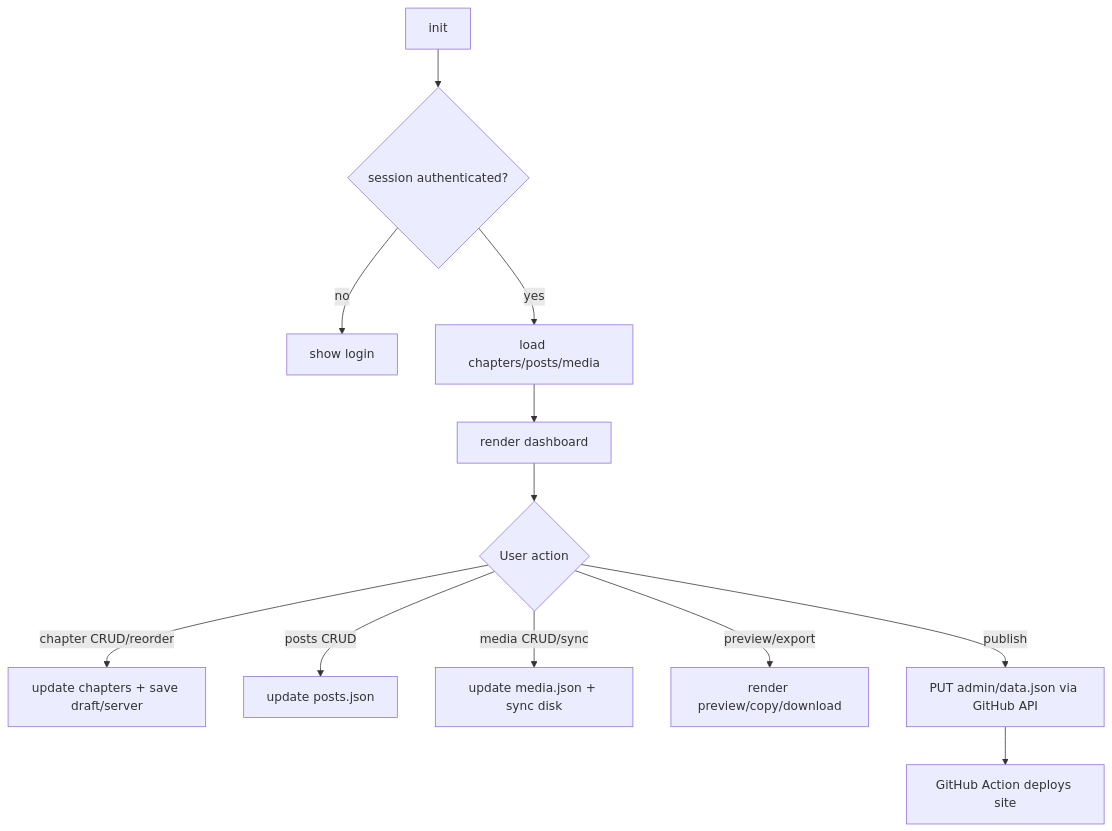
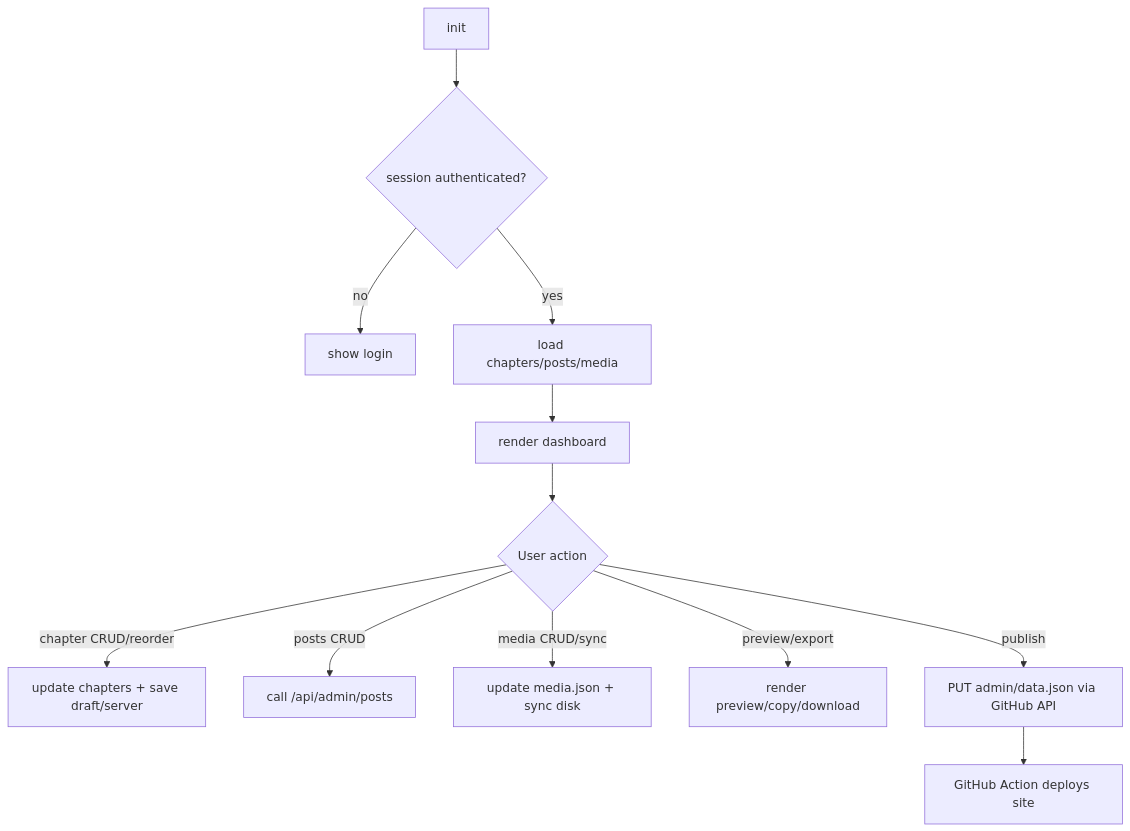
One commit to bwondercomics/BWondercomics changed the first of 3 diagrams in docs/admin-overview.md. Above: the diagram before and after it, drawn with Mermaid. The commit also changed other lines of this file and 58 other files, not shown here.

````diff
--- a/docs/admin-overview.md
+++ b/docs/admin-overview.md
@@ -33,14 +38,14 @@
 ```mermaid
 flowchart TD
   A[init] --> B{session authenticated?}
   B -- no --> C[show login]
   B -- yes --> D[load chapters/posts/media]
   D --> E[render dashboard]
   E --> F{User action}
   F -->|chapter CRUD/reorder| G[update chapters + save draft/server]
-  F -->|posts CRUD| H[update posts.json]
+  F -->|posts CRUD| H[call /api/admin/posts]
   F -->|media CRUD/sync| I[update media.json + sync disk]
   F -->|preview/export| J[render preview/copy/download]
   F -->|publish| K[PUT admin/data.json via GitHub API]
   K --> L[GitHub Action deploys site]
 ```
````
